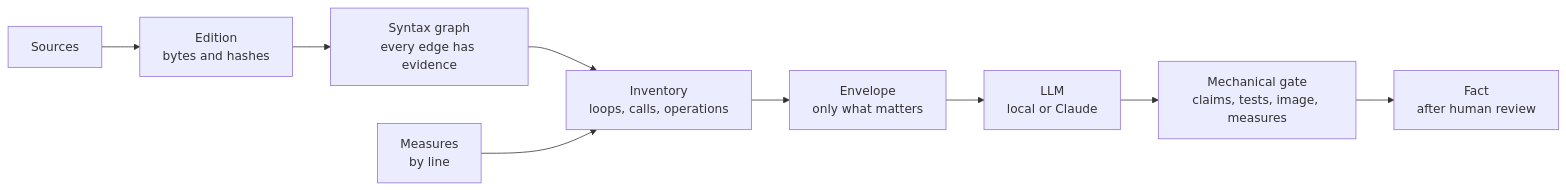
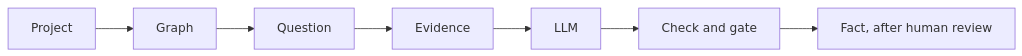
Before and after one commit to ViniciusSJV/librarian: the diagram in README.md, drawn with Mermaid. The commit also changed other lines of this file and 3 other files, not shown here.

````diff
--- a/README.md
+++ b/README.md
@@ -48,11 +52,9 @@
 ```mermaid
 flowchart LR
-    S[Sources] --> E[Edition<br/>bytes and hashes]
-    E --> G[Syntax graph<br/>every edge has evidence]
-    G --> I[Inventory<br/>loops, calls, operations]
-    M[Measures<br/>by line] --> I
-    I --> V[Envelope<br/>only what matters]
-    V --> L[LLM<br/>local or Claude]
-    L --> C[Mechanical gate<br/>claims, tests, image, measures]
-    C --> F[Fact<br/>after human review]
+    P[Project] --> G[Graph]
+    G --> Q[Question]
+    Q --> E[Evidence]
+    E --> L[LLM]
+    L --> C[Check and gate]
+    C --> F[Fact, after human review]
 ```
````
